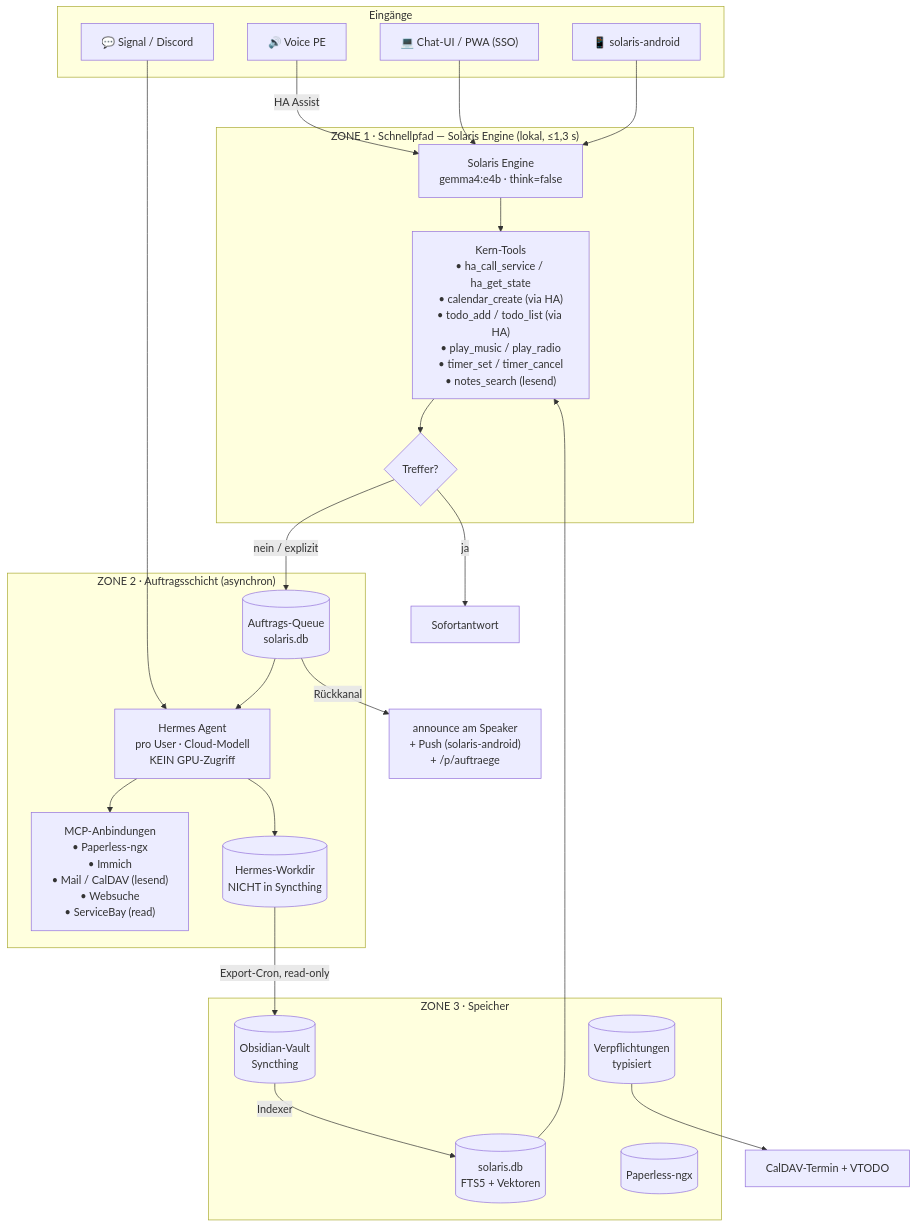
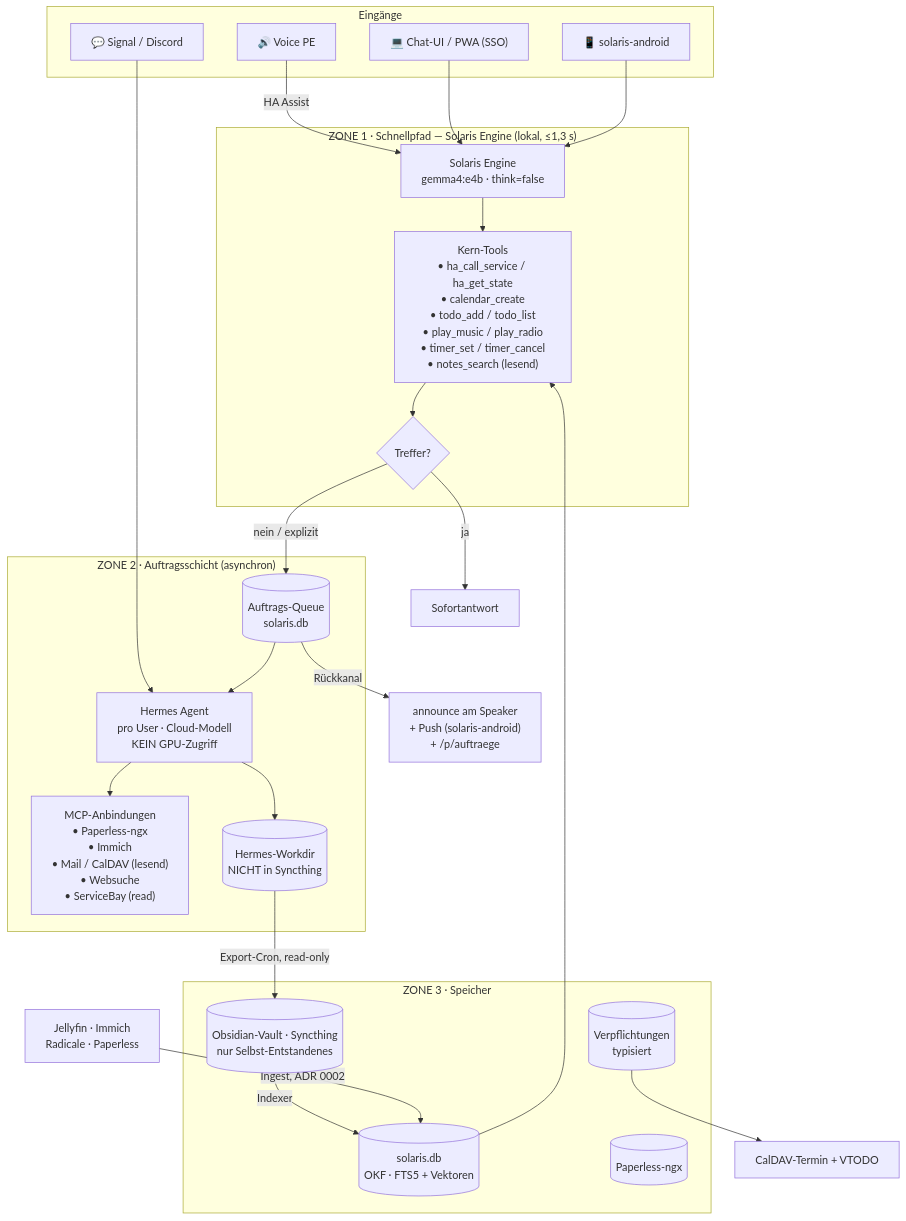
Before and after one commit to mdopp/oscar: the first of 6 diagrams in docs/solaris-zielarchitektur.md, drawn with Mermaid. The commit also changed other lines of this file and 3 other files, not shown here.

````diff
--- a/docs/solaris-zielarchitektur.md
+++ b/docs/solaris-zielarchitektur.md
@@ -84,44 +102,45 @@
 ```mermaid
 flowchart TD
     subgraph EIN ["Eingänge"]
         PE["🔊 Voice PE"]
         UI["💻 Chat-UI / PWA (SSO)"]
         AND["📱 solaris-android"]
         MSG["💬 Signal / Discord"]
     end
 
     PE -->|HA Assist| ENGINE
     UI --> ENGINE
     AND --> ENGINE
     MSG --> HERMES
 
     subgraph SCHNELL ["ZONE 1 · Schnellpfad — Solaris Engine (lokal, ≤1,3 s)"]
         ENGINE["Solaris Engine<br/>gemma4:e4b · think=false"]
-        ENGINE --> TOOLS["Kern-Tools<br/>• ha_call_service / ha_get_state<br/>• calendar_create (via HA)<br/>• todo_add / todo_list (via HA)<br/>• play_music / play_radio<br/>• timer_set / timer_cancel<br/>• notes_search (lesend)"]
+        ENGINE --> TOOLS["Kern-Tools<br/>• ha_call_service / ha_get_state<br/>• calendar_create<br/>• todo_add / todo_list<br/>• play_music / play_radio<br/>• timer_set / timer_cancel<br/>• notes_search (lesend)"]
         TOOLS --> GATE{"Treffer?"}
     end
 
     GATE -->|ja| ANTWORT["Sofortantwort"]
     GATE -->|nein / explizit| QUEUE
 
     subgraph AUFTRAG ["ZONE 2 · Auftragsschicht (asynchron)"]
         QUEUE[("Auftrags-Queue<br/>solaris.db")]
         QUEUE --> HERMES["Hermes Agent<br/>pro User · Cloud-Modell<br/>KEIN GPU-Zugriff"]
         HERMES --> HMCP["MCP-Anbindungen<br/>• Paperless-ngx<br/>• Immich<br/>• Mail / CalDAV (lesend)<br/>• Websuche<br/>• ServiceBay (read)"]
         HERMES --> HWORK[("Hermes-Workdir<br/>NICHT in Syncthing")]
     end
 
     HWORK -->|Export-Cron, read-only| VAULT
     QUEUE -->|Rückkanal| RUECK["announce am Speaker<br/>+ Push (solaris-android)<br/>+ /p/auftraege"]
 
     subgraph SPEICHER ["ZONE 3 · Speicher"]
-        VAULT[("Obsidian-Vault<br/>Syncthing")]
-        DB[("solaris.db<br/>FTS5 + Vektoren")]
+        VAULT[("Obsidian-Vault · Syncthing<br/>nur Selbst-Entstandenes")]
+        DB[("solaris.db<br/>OKF · FTS5 + Vektoren")]
         PFL[("Paperless-ngx")]
         OBL[("Verpflichtungen<br/>typisiert")]
     end
 
     VAULT -->|Indexer| DB
+    EXT["Jellyfin · Immich<br/>Radicale · Paperless"] -->|Ingest, ADR 0002| DB
     DB --> TOOLS
     OBL --> CAL["CalDAV-Termin + VTODO"]
 ```
````
